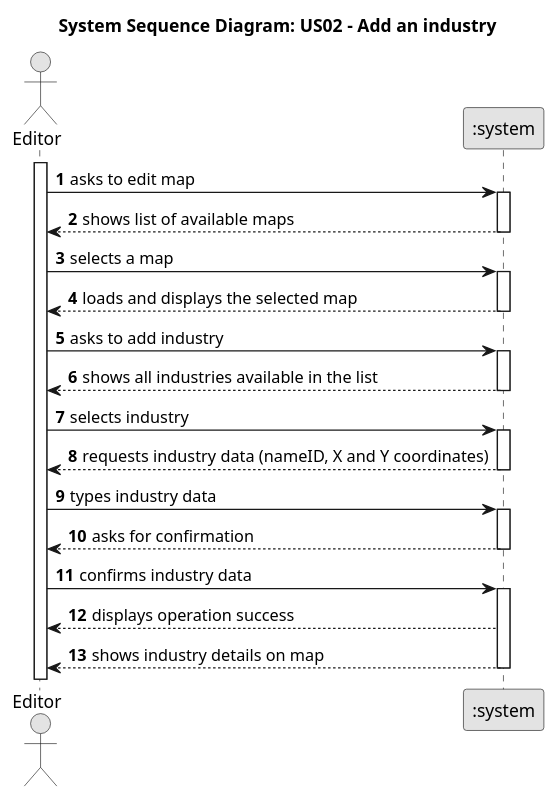
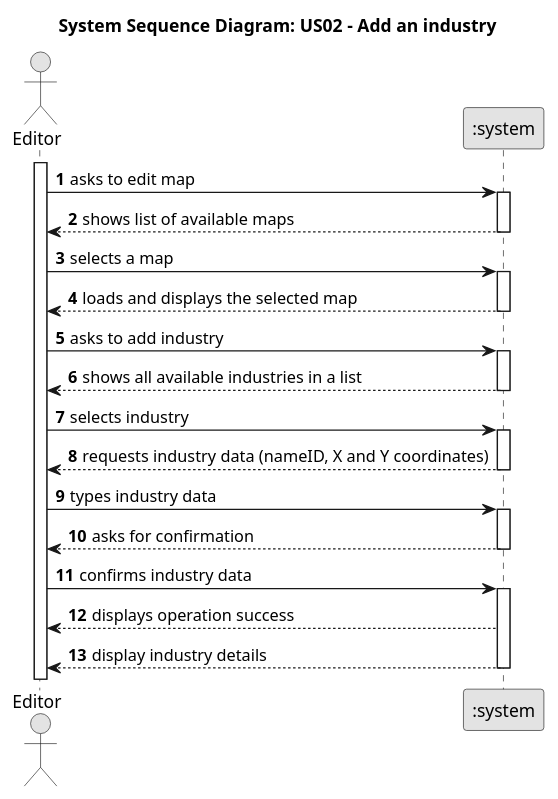
The diagram in docs/system-documentation/Sprint 2/US02/01.requirements-engineering/puml/US002-SSD.puml (HenriqueSilva18/Railway-Network-Simulator), drawn with PlantUML before and after one commit. The commit also changed 22 other files, not shown here.

```diff
--- a/docs/system-documentation/Sprint 2/US02/01.requirements-engineering/puml/US002-SSD.puml
+++ b/docs/system-documentation/Sprint 2/US02/01.requirements-engineering/puml/US002-SSD.puml
@@ -1,49 +1,49 @@
 @startuml
 skinparam monochrome true
 skinparam packageStyle rectangle
 skinparam shadowing false
 
 autonumber
 
 title System Sequence Diagram: US02 - Add an industry
 
 actor "Editor" as editor
 participant ":system" as system
 
 activate editor
 
     editor -> system : asks to edit map
         activate system
             system --> editor: shows list of available maps
         deactivate system
 
     editor -> system: selects a map
         activate system
             system --> editor: loads and displays the selected map
         deactivate system
 
     editor -> system : asks to add industry
         activate system
-        system --> editor: shows all industries available in the list
+        system --> editor: shows all available industries in a list
 
 
         deactivate system
 
     editor -> system: selects industry
         activate system
         system --> editor: requests industry data (nameID, X and Y coordinates)
         deactivate system
 
     editor -> system: types industry data
         activate system
         system --> editor: asks for confirmation
         deactivate system
 
     editor -> system: confirms industry data
         activate system
         system --> editor: displays operation success
-        system --> editor: shows industry details on map
+        system --> editor: display industry details
         deactivate system
 
 
 @enduml
```
